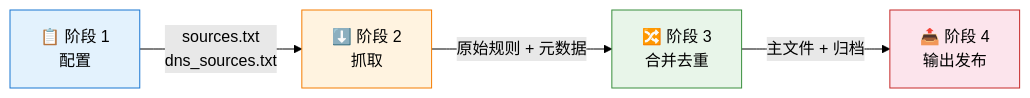
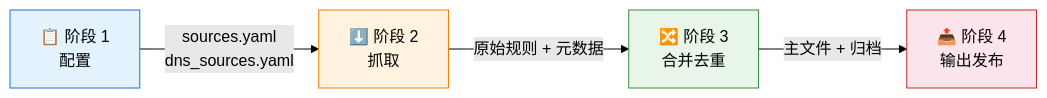
One commit to Chaniug/FilterFusion changed the second of 5 diagrams in docs/PROJECT_DOCS.md. Above: the diagram before and after it, drawn with Mermaid (forest theme). The commit also changed other lines of this file and 16 other files, not shown here.

````diff
--- a/docs/PROJECT_DOCS.md
+++ b/docs/PROJECT_DOCS.md
@@ -98,11 +98,11 @@
 ```mermaid
 flowchart LR
-    S1["📋 阶段 1<br/>配置"] -->|sources.txt<br/>dns_sources.txt| S2["⬇️ 阶段 2<br/>抓取"]
+    S1["📋 阶段 1<br/>配置"] -->|sources.yaml<br/>dns_sources.yaml| S2["⬇️ 阶段 2<br/>抓取"]
     S2 -->|原始规则 + 元数据| S3["🔀 阶段 3<br/>合并去重"]
     S3 -->|主文件 + 归档| S4["📤 阶段 4<br/>输出发布"]
 
     style S1 fill:#e3f2fd,stroke:#1976d2
     style S2 fill:#fff3e0,stroke:#f57c00
     style S3 fill:#e8f5e9,stroke:#388e3c
     style S4 fill:#fce4ec,stroke:#c62828
 ```
````
